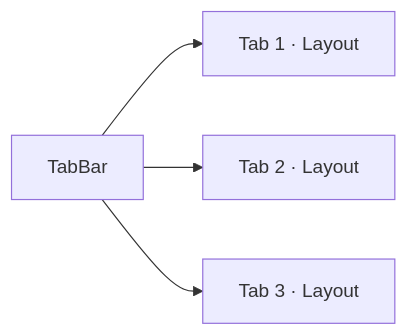
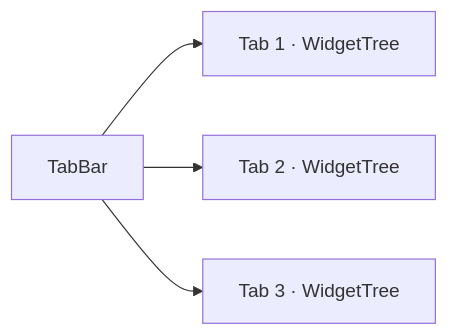
Before and after one commit to yairgd/gdbforge: the third of 3 diagrams in docs/WINDOW_MANAGEMENT.md, drawn with Mermaid. The commit also changed other lines of this file and 11 other files, not shown here.

Commit message:
Remove redundant Layout facade; tabs own WidgetTree directly.

````diff
--- a/docs/WINDOW_MANAGEMENT.md
+++ b/docs/WINDOW_MANAGEMENT.md
@@ -199,11 +199,11 @@
 ```mermaid
 flowchart LR
     TabBar["TabBar"]
-    T1["Tab 1 · Layout"]
-    T2["Tab 2 · Layout"]
-    T3["Tab 3 · Layout"]
+    T1["Tab 1 · WidgetTree"]
+    T2["Tab 2 · WidgetTree"]
+    T3["Tab 3 · WidgetTree"]
 
     TabBar --> T1
     TabBar --> T2
     TabBar --> T3
 ```
````
